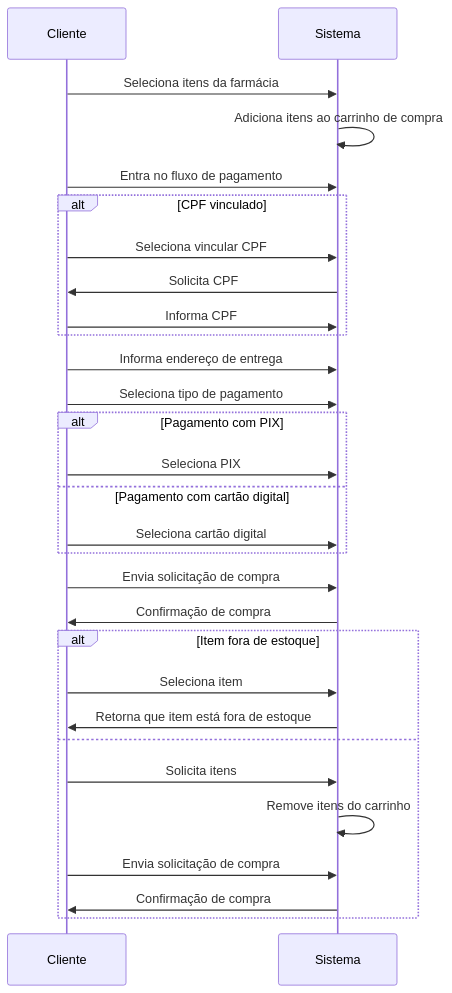
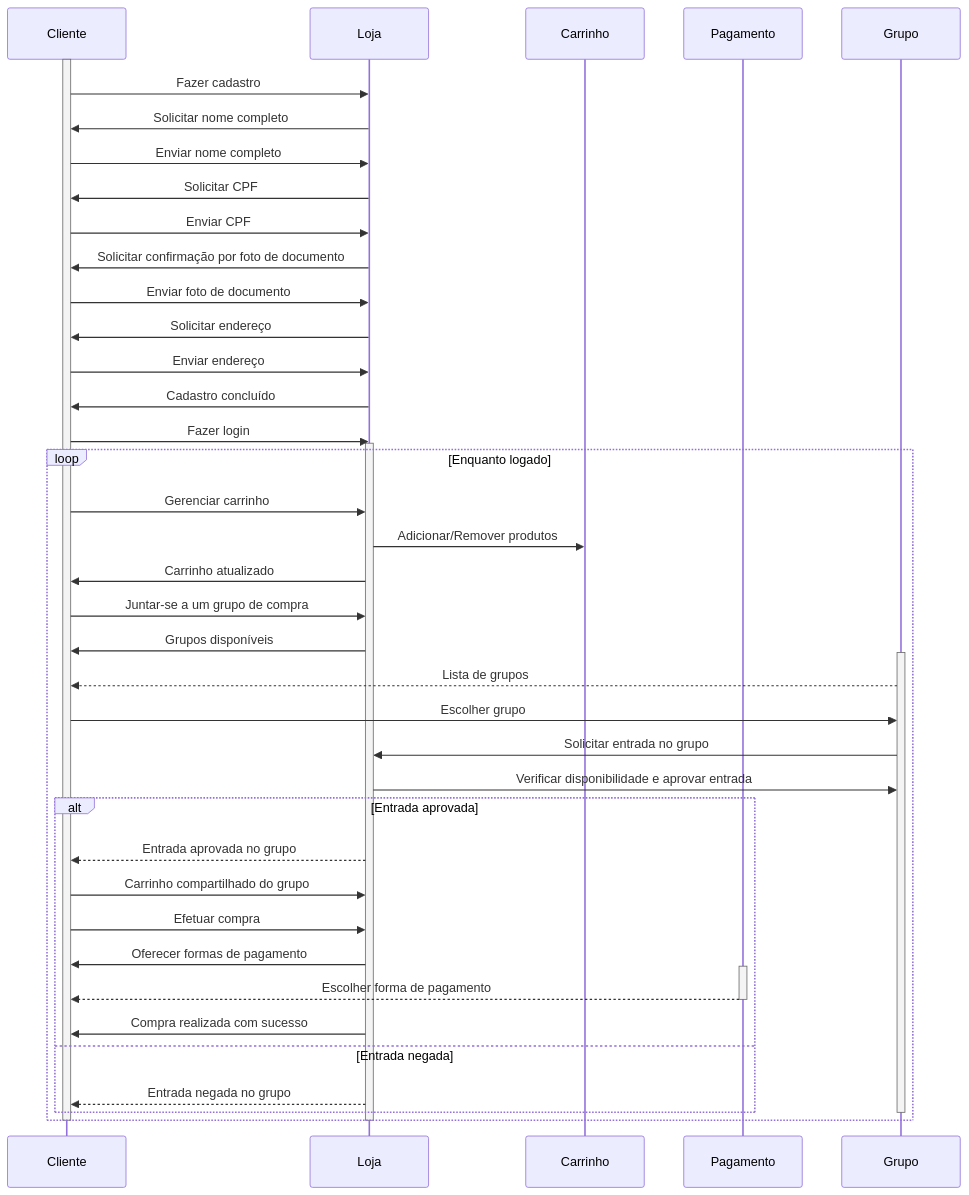
Before and after one commit to UNB-PI2-Grupo3-BracoRobotico/Documentation: the first of 8 diagrams in docs/documento_arquitetura.md, drawn with Mermaid. The commit also changed other lines of this file, not shown here.

Commit message:
Fix diargram de sequencia com novas especificacoes do projeto

````diff
--- a/docs/documento_arquitetura.md
+++ b/docs/documento_arquitetura.md
@@ -90,33 +93,60 @@
 ```mermaid
 sequenceDiagram
     participant Cliente
-    participant Sistema
+    participant Loja
+    participant Carrinho
+    participant Pagamento
+    participant Grupo
 
-    Cliente->>Sistema: Seleciona itens da farmácia
-    Sistema->>Sistema: Adiciona itens ao carrinho de compra
-    Cliente->>Sistema: Entra no fluxo de pagamento
-    alt CPF vinculado
-        Cliente->>Sistema: Seleciona vincular CPF
-        Sistema->>Cliente: Solicita CPF
-        Cliente->>Sistema: Informa CPF
+    activate Cliente
+
+    Cliente->>Loja: Fazer cadastro
+    Loja->>Cliente: Solicitar nome completo
+    Cliente->>Loja: Enviar nome completo
+    Loja->>Cliente: Solicitar CPF
+    Cliente->>Loja: Enviar CPF
+    Loja->>Cliente: Solicitar confirmação por foto de documento
+    Cliente->>Loja: Enviar foto de documento
+    Loja->>Cliente: Solicitar endereço
+    Cliente->>Loja: Enviar endereço
+
+    Loja->>Cliente: Cadastro concluído
+
+    Cliente->>Loja: Fazer login
+    activate Loja
+
+    loop Enquanto logado
+        Cliente->>Loja: Gerenciar carrinho
+        Loja->>Carrinho: Adicionar/Remover produtos
+        Loja->>Cliente: Carrinho atualizado
+
+        Cliente->>Loja: Juntar-se a um grupo de compra
+        Loja->>Cliente: Grupos disponíveis
+        activate Grupo
+        Grupo-->>Cliente: Lista de grupos
+
+        Cliente->>Grupo: Escolher grupo
+        Grupo->>Loja: Solicitar entrada no grupo
+        Loja->>Grupo: Verificar disponibilidade e aprovar entrada
+        alt Entrada aprovada
+            Loja-->>Cliente: Entrada aprovada no grupo
+            Cliente->>Loja: Carrinho compartilhado do grupo
+
+            Cliente->>Loja: Efetuar compra
+            Loja->>Cliente: Oferecer formas de pagamento
+            activate Pagamento
+
+            Pagamento-->>Cliente: Escolher forma de pagamento
+
+            deactivate Pagamento
+            Loja->>Cliente: Compra realizada com sucesso
+        else Entrada negada
+            Loja-->>Cliente: Entrada negada no grupo
+        end
+
+        deactivate Grupo
     end
-    Cliente->>Sistema: Informa endereço de entrega
-    Cliente->>Sistema: Seleciona tipo de pagamento
-    alt Pagamento com PIX
-        Cliente->>Sistema: Seleciona PIX
-    else Pagamento com cartão digital
-        Cliente->>Sistema: Seleciona cartão digital
-    end
-    Cliente->>Sistema: Envia solicitação de compra
-    Sistema->>Cliente: Confirmação de compra
 
-    alt Item fora de estoque
-        Cliente->>Sistema: Seleciona item
-        Sistema->>Cliente: Retorna que item está fora de estoque
-    else
-        Cliente->>Sistema: Solicita itens
-        Sistema->>Sistema: Remove itens do carrinho
-        Cliente->>Sistema: Envia solicitação de compra
-        Sistema->>Cliente: Confirmação de compra
-    end
+    deactivate Loja
+    deactivate Cliente
 ```
````
